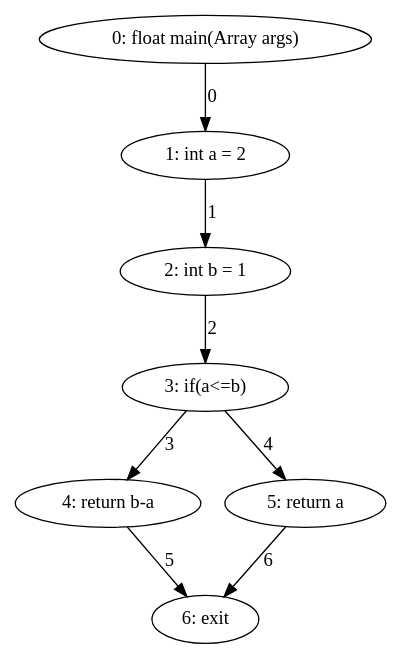
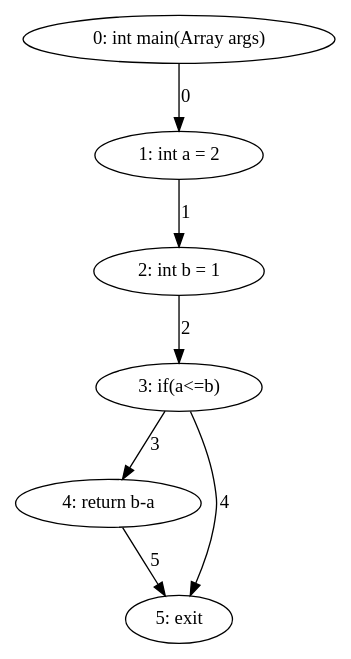
Before and after one commit to DominguesGM/comp_astanalyze: the diagram in export/if_example_control.dot, drawn with Graphviz. The commit also changed 35 other files, not shown here.

```diff
--- a/export/if_example_control.dot
+++ b/export/if_example_control.dot
@@ -1,16 +1,14 @@
 digraph G {
-  1 [ label="0: float main(Array args)" ];
+  1 [ label="0: int main(Array args)" ];
   2 [ label="1: int a = 2" ];
   3 [ label="2: int b = 1" ];
   4 [ label="3: if(a<=b)" ];
   5 [ label="4: return b-a" ];
-  6 [ label="5: return a" ];
-  7 [ label="6: exit" ];
+  6 [ label="5: exit" ];
   1 -> 2 [ label="0" ];
   2 -> 3 [ label="1" ];
   3 -> 4 [ label="2" ];
   4 -> 5 [ label="3" ];
   4 -> 6 [ label="4" ];
-  5 -> 7 [ label="5" ];
-  6 -> 7 [ label="6" ];
+  5 -> 6 [ label="5" ];
 }
```
